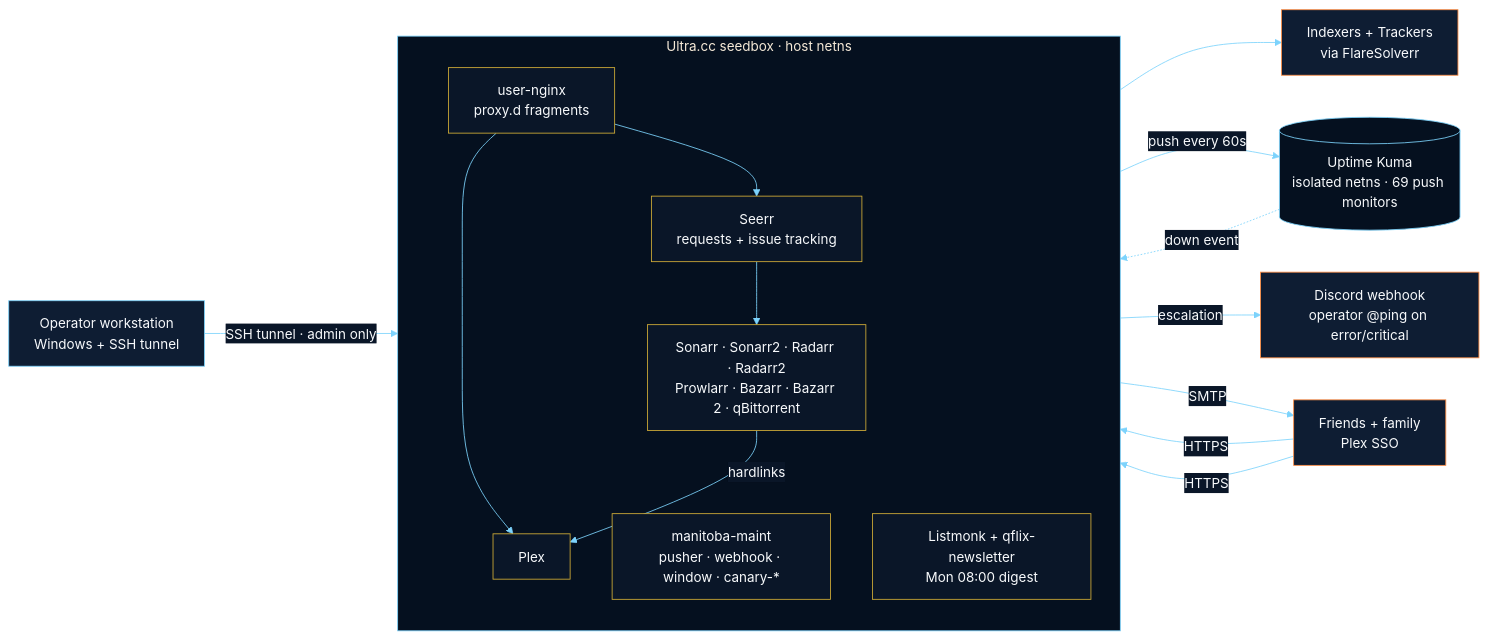
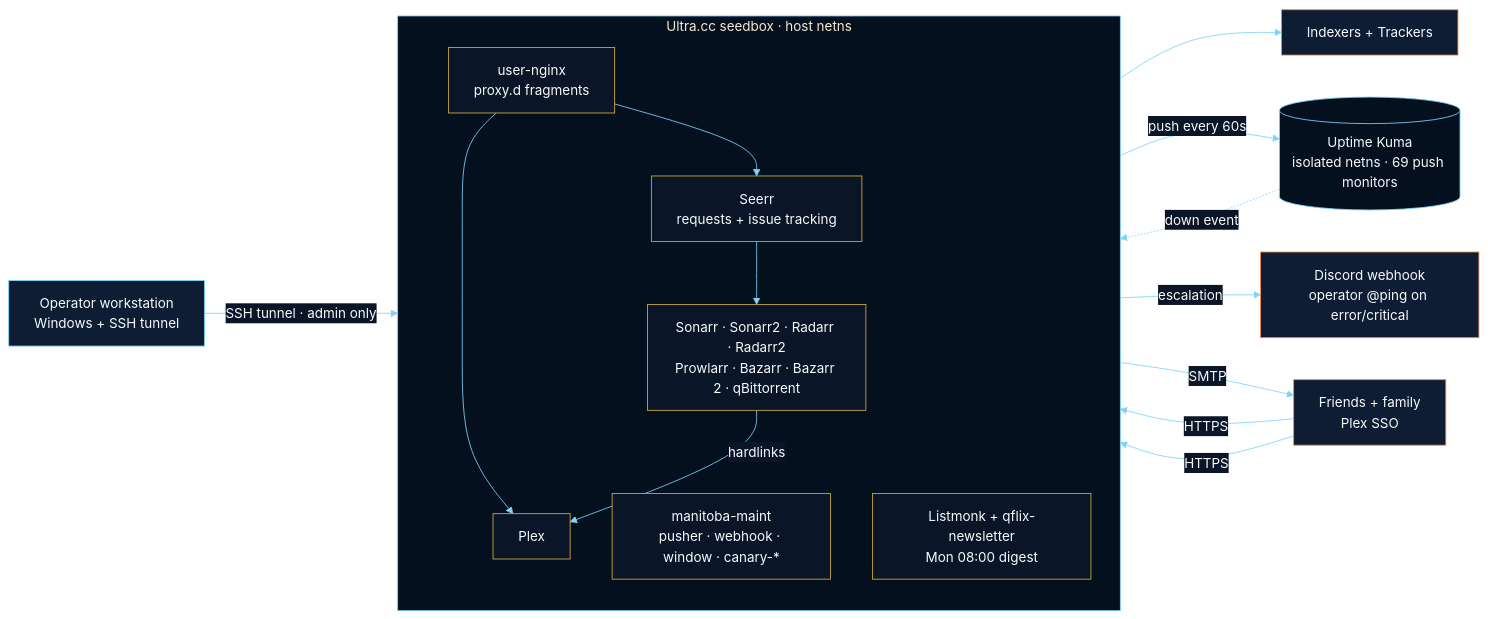
Before and after one commit to Quadstronaut/QFlix: the first of 6 diagrams in README.md, drawn with Mermaid. The commit also changed other lines of this file and 50 other files, not shown here.

First line of the commit message:
QFLX-26 retire FlareSolverr: manifest, monitor path, canary/units, installers, docs (#85)

````diff
--- a/README.md
+++ b/README.md
@@ -76,35 +76,35 @@
 ```mermaid
 %%{init: {'theme':'base','themeVariables':{'primaryColor':'#0e1d33','primaryTextColor':'#f8fafc','primaryBorderColor':'#ff8c42','lineColor':'#7dd3fc','secondaryColor':'#05101f','tertiaryColor':'#0a1628','clusterBkg':'#05101f','clusterBorder':'#7dd3fc','edgeLabelBackground':'#0a1628','fontFamily':'Segoe UI, Roboto, sans-serif'}}}%%
 flowchart LR
   classDef ext fill:#0e1d33,stroke:#ff8c42,color:#f8fafc
   classDef user fill:#0e1d33,stroke:#7dd3fc,color:#f8fafc
   classDef seedbox fill:#0a1628,stroke:#d4af37,color:#f8fafc
   classDef kuma fill:#05101f,stroke:#7dd3fc,color:#f8fafc
 
   user[Operator workstation<br/>Windows + SSH tunnel]:::user
   friends[Friends + family<br/>Plex SSO]:::ext
-  ext[Indexers + Trackers<br/>via FlareSolverr]:::ext
+  ext[Indexers + Trackers]:::ext
 
   subgraph SB[Ultra.cc seedbox · host netns]
     direction TB
     nginx[user-nginx<br/>proxy.d fragments]:::seedbox
     plex[Plex]:::seedbox
     arr[Sonarr · Sonarr2 · Radarr · Radarr2<br/>Prowlarr · Bazarr · Bazarr 2 · qBittorrent]:::seedbox
     requests[Seerr<br/>requests + issue tracking]:::seedbox
     maint[manitoba-maint<br/>pusher · webhook · window · canary-*]:::seedbox
     comms[Listmonk + qflix-newsletter<br/>Mon 08:00 digest]:::seedbox
   end
 
   kuma[(Uptime Kuma<br/>isolated netns · 69 push monitors)]:::kuma
   discord[Discord webhook<br/>operator @ping on error/critical]:::ext
 
   friends -->|HTTPS| nginx --> plex
   friends -->|HTTPS| nginx --> requests
   requests --> arr --> ext
   arr -->|hardlinks| plex
   user -->|SSH tunnel · admin only| arr
   maint -->|push every 60s| kuma
   kuma -.->|down event| maint
   maint -->|escalation| discord
   comms -->|SMTP| friends
 ```
````
